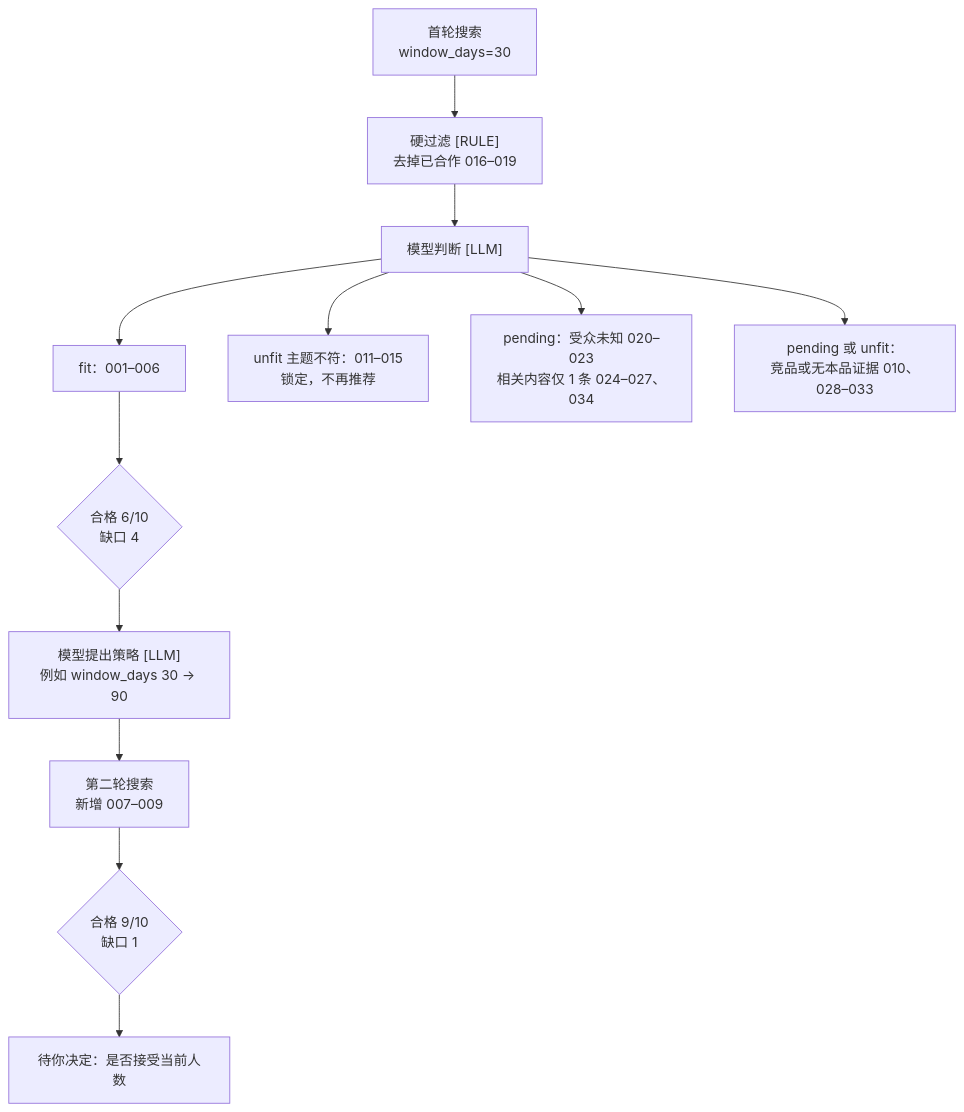
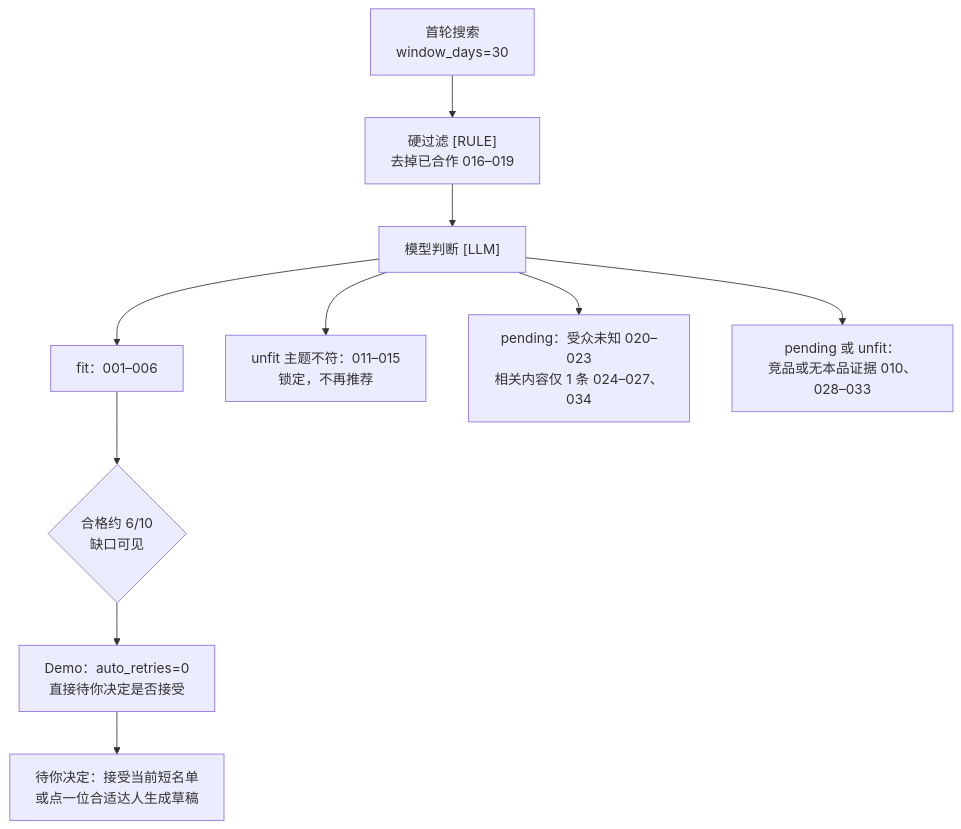
Before and after one commit to aaronzheng0111/CollabPilot: the second of 2 diagrams in data/README.md, drawn with Mermaid. The commit also changed other lines of this file and 28 other files, not shown here.

````diff
--- a/data/README.md
+++ b/data/README.md
@@ -74,14 +74,12 @@
 ```mermaid
 flowchart TD
   A["首轮搜索<br/>window_days=30"] --> B["硬过滤 [RULE]<br/>去掉已合作 016–019"]
   B --> C["模型判断 [LLM]"]
   C --> C1["fit：001–006"]
   C --> C2["unfit 主题不符：011–015<br/>锁定，不再推荐"]
   C --> C3["pending：受众未知 020–023<br/>相关内容仅 1 条 024–027、034"]
   C --> C4["pending 或 unfit：<br/>竞品或无本品证据 010、028–033"]
-  C1 --> E{"合格 6/10<br/>缺口 4"}
-  E --> F["模型提出策略 [LLM]<br/>例如 window_days 30 → 90"]
-  F --> G["第二轮搜索<br/>新增 007–009"]
-  G --> H{"合格 9/10<br/>缺口 1"}
-  H --> I["待你决定：是否接受当前人数"]
+  C1 --> E{"合格约 6/10<br/>缺口可见"}
+  E --> F["Demo：auto_retries=0<br/>直接待你决定是否接受"]
+  F --> I["待你决定：接受当前短名单<br/>或点一位合适达人生成草稿"]
 ```
````
